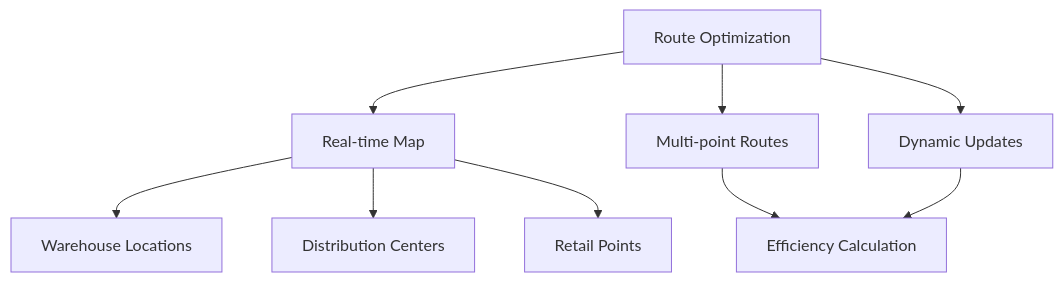
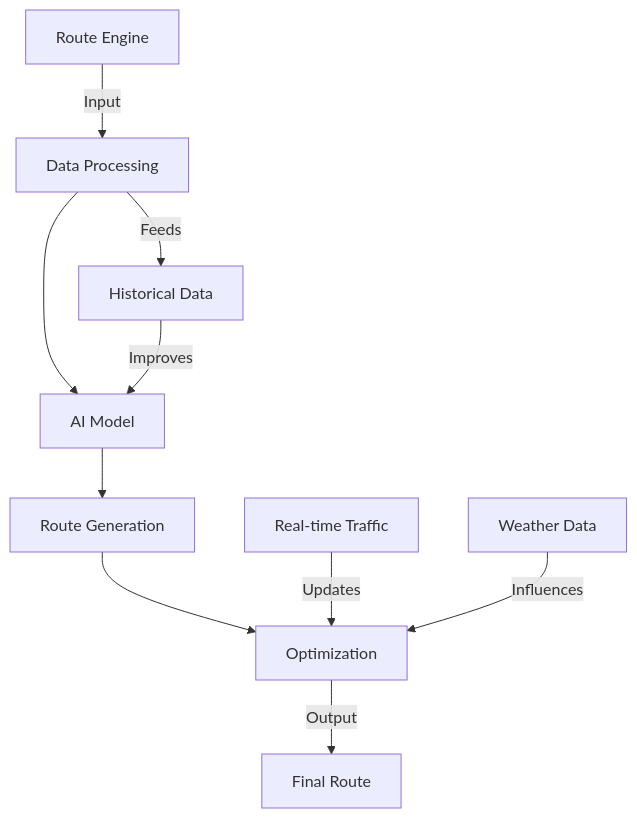
The first of 3 diagrams in README.md (spbarathg/frontend-initials), drawn with Mermaid before and after one commit. The commit also changed other lines of this file, not shown here.

````diff
--- a/README.md
+++ b/README.md
@@ -26,11 +42,14 @@
 ```mermaid
 graph TD
-    A[Route Optimization] --> B[Real-time Map]
-    A --> C[Multi-point Routes]
-    A --> D[Dynamic Updates]
-    B --> E[Warehouse Locations]
-    B --> F[Distribution Centers]
-    B --> G[Retail Points]
-    C --> H[Efficiency Calculation]
-    D --> H
+    A[Route Engine] -->|Input| B[Data Processing]
+    B --> C[AI Model]
+    C --> D[Route Generation]
+    D --> E[Optimization]
+    E -->|Output| F[Final Route]
+    
+    B -->|Feeds| G[Historical Data]
+    G -->|Improves| C
+    
+    H[Real-time Traffic] -->|Updates| E
+    I[Weather Data] -->|Influences| E
 ```
````
